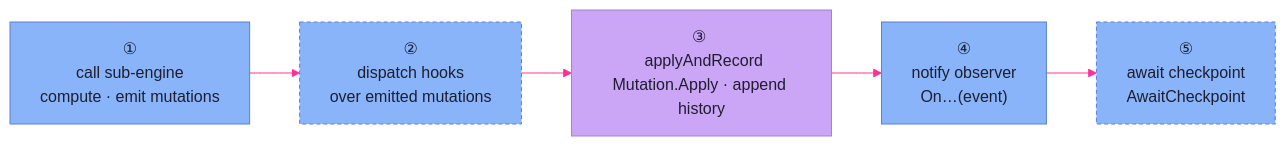
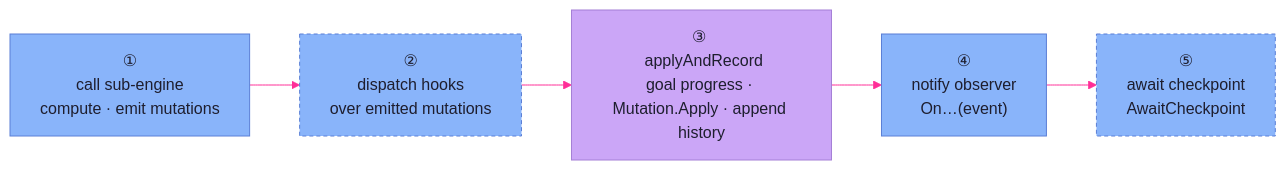
The second of 2 diagrams in docs/architecture/engine/orchestrator.md (therobertcrocker/gm-toolkit), drawn with Mermaid before and after one commit. The commit also changed other lines of this file and 17 other files, not shown here.

````diff
--- a/docs/architecture/engine/orchestrator.md
+++ b/docs/architecture/engine/orchestrator.md
@@ -93,22 +90,22 @@
 ```mermaid
 ---
 config:
   theme: base
   themeVariables:
     background: '#1e1e2e'
     primaryTextColor: '#cdd6f4'
     lineColor: '#ff2e97'
 ---
 flowchart LR
   Sub["① <br> call sub-engine<br>compute · emit mutations"]:::process
   Hooks["② <br> dispatch hooks<br>over emitted mutations"]:::cond
-  Apply["③ <br> applyAndRecord<br>Mutation.Apply · append history"]:::core
+  Apply["③ <br> applyAndRecord<br>goal progress · Mutation.Apply · append history"]:::core
   Notify["④ <br> notify observer<br>On…(event)"]:::process
   Check["⑤ <br> await checkpoint<br>AwaitCheckpoint"]:::cond
 
   Sub --> Hooks --> Apply --> Notify --> Check
 
   classDef process fill:#89b4fa,stroke:#5a7fd6,color:#1e1e2e
   classDef core    fill:#cba6f7,stroke:#a47fd6,color:#1e1e2e
   classDef cond    fill:#89b4fa,stroke:#5a7fd6,color:#1e1e2e,stroke-dasharray:4 3
 ```
````
